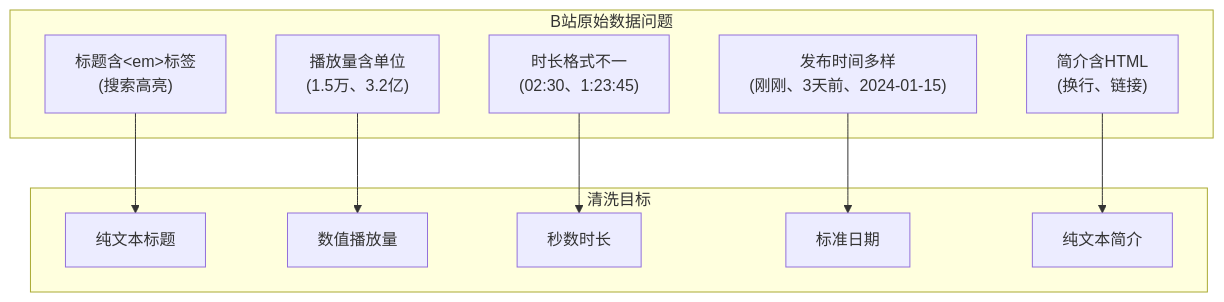
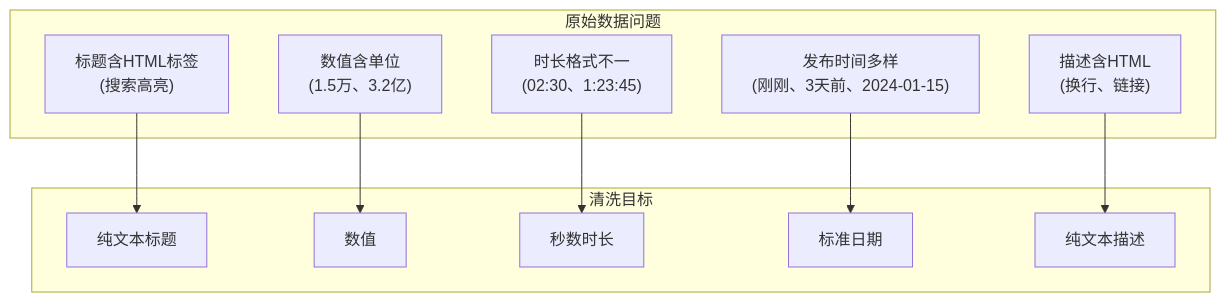
Before and after one commit to NanmiCoder/CrawlerTutorial: the second of 2 diagrams in docs/爬虫进价/09_数据清洗与预处理.md, drawn with Mermaid. The commit also changed other lines of this file and 15 other files, not shown here.

````diff
--- a/docs/爬虫进价/09_数据清洗与预处理.md
+++ b/docs/爬虫进价/09_数据清洗与预处理.md
@@ -854,24 +854,24 @@
 ```mermaid
 flowchart TD
-    subgraph B站原始数据问题
-        title_em["标题含&lt;em&gt;标签<br/>(搜索高亮)"]
-        view_unit["播放量含单位<br/>(1.5万、3.2亿)"]
+    subgraph 原始数据问题
+        title_em["标题含HTML标签<br/>(搜索高亮)"]
+        view_unit["数值含单位<br/>(1.5万、3.2亿)"]
         duration_format["时长格式不一<br/>(02:30、1:23:45)"]
         pubdate_format["发布时间多样<br/>(刚刚、3天前、2024-01-15)"]
-        desc_html["简介含HTML<br/>(换行、链接)"]
+        desc_html["描述含HTML<br/>(换行、链接)"]
     end
 
     subgraph 清洗目标
         title_clean[纯文本标题]
-        view_num[数值播放量]
+        view_num[数值]
         duration_sec[秒数时长]
         pubdate_std[标准日期]
-        desc_plain[纯文本简介]
+        desc_plain[纯文本描述]
     end
 
     title_em --> title_clean
     view_unit --> view_num
     duration_format --> duration_sec
     pubdate_format --> pubdate_std
     desc_html --> desc_plain
 ```
````
